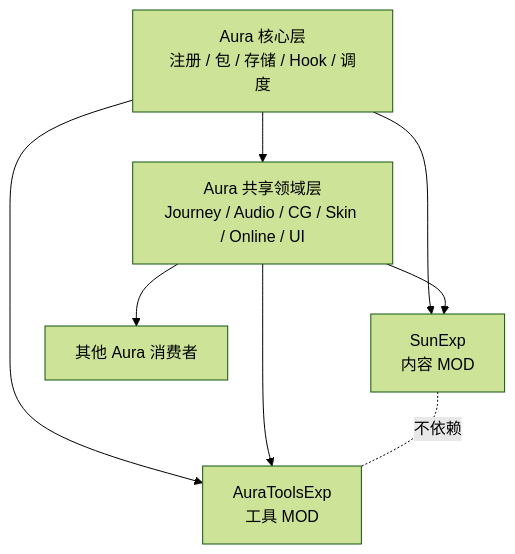
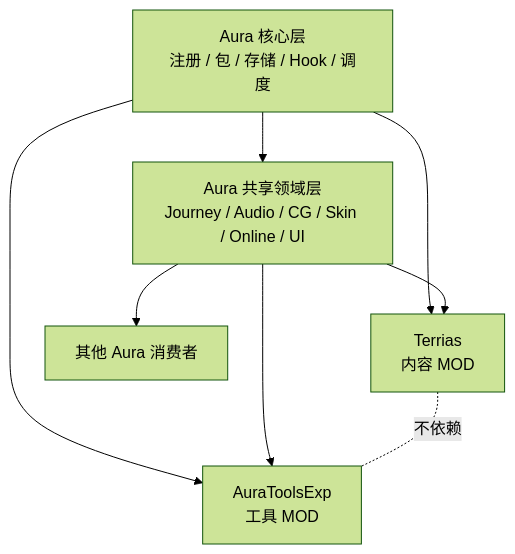
One commit to AuraKaliya/apocalyptic-journey-mod-SunExp changed the first of 2 diagrams in docs/Terrias/04-Aura共享层与核心层接入.md. Above: the diagram before and after it, drawn with Mermaid (forest theme). The commit also changed other lines of this file and 670 other files, not shown here.

````diff
--- a/docs/Terrias/04-Aura共享层与核心层接入.md
+++ b/docs/Terrias/04-Aura共享层与核心层接入.md
@@ -16,16 +16,16 @@
 ```mermaid
 flowchart TB
     Core["Aura 核心层\n注册 / 包 / 存储 / Hook / 调度"]
     Domain["Aura 共享领域层\nJourney / Audio / CG / Skin / Online / UI"]
-    Sun["SunExp\n内容 MOD"]
+    Sun["Terrias\n内容 MOD"]
     Tools["AuraToolsExp\n工具 MOD"]
     Other["其他 Aura 消费者"]
 
     Core --> Domain
     Core --> Sun
     Core --> Tools
     Domain --> Sun
     Domain --> Tools
     Domain --> Other
     Sun -. "不依赖" .- Tools
 ```
````
